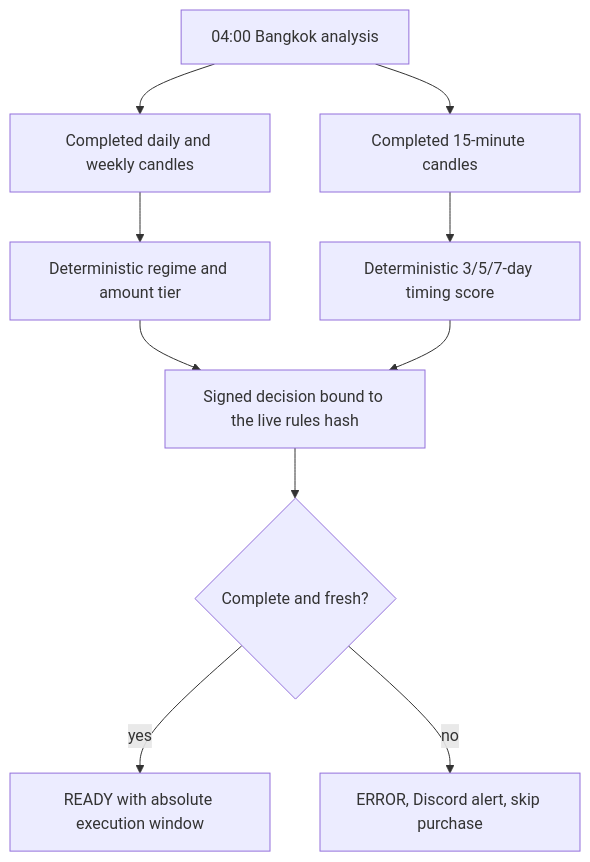
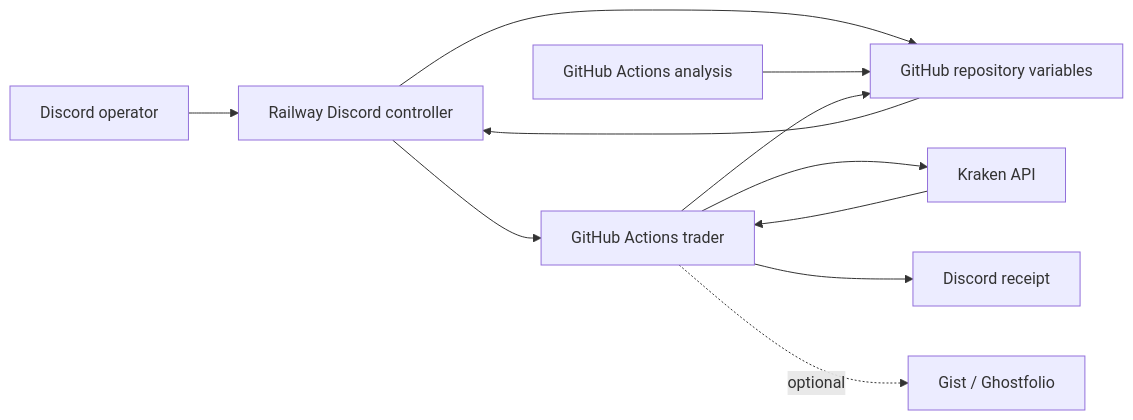
Before and after one commit to aesscialo-bot/DCA-Bot: the second of 2 diagrams in README.md, drawn with Mermaid. The commit also changed other lines of this file and 25 other files, not shown here.

````diff
--- a/README.md
+++ b/README.md
@@ -120,12 +97,13 @@
 ```mermaid
-flowchart TD
-    S["04:00 Bangkok analysis"] --> D["Completed daily and weekly candles"]
-    S --> M["Completed 15-minute candles"]
-    D --> G["Deterministic regime and amount tier"]
-    M --> W["Deterministic 3/5/7-day timing score"]
-    G --> X["Signed decision bound to the live rules hash"]
-    W --> X
-    X --> P{"Complete and fresh?"}
-    P -- "yes" --> READY["READY with absolute execution window"]
-    P -- "no" --> ERROR["ERROR, Discord alert, skip purchase"]
+flowchart LR
+    U["Discord operator"] --> R["Railway Discord controller"]
+    R --> V["GitHub repository variables"]
+    A["GitHub Actions analysis"] --> V
+    V --> R
+    R --> T["GitHub Actions trader"]
+    T --> K["Kraken API"]
+    K --> T
+    T --> V
+    T --> D["Discord receipt"]
+    T -. "optional" .-> L["Gist / Ghostfolio"]
 ```
````
